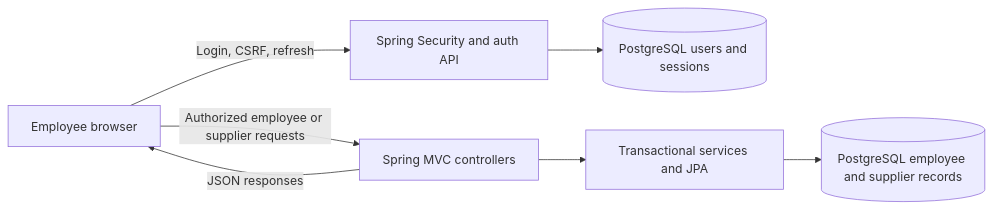
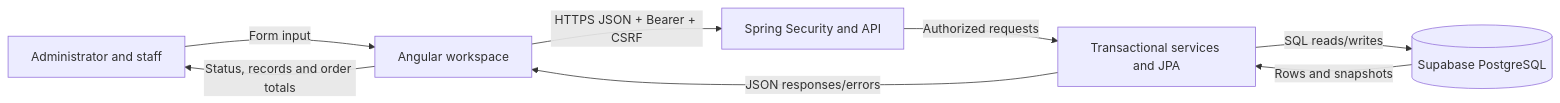
Before and after one commit to AriesMaster/StockPurchaseOrderBackend: the first of 2 diagrams in docs/physical-dfd.md, drawn with Mermaid. The commit also changed other lines of this file and 8 other files, not shown here.

````diff
--- a/docs/physical-dfd.md
+++ b/docs/physical-dfd.md
@@ -5,9 +5,10 @@
 ```mermaid
 flowchart LR
- A[Employee browser] -->|Login, CSRF, refresh| B[Spring Security and auth API]
- A -->|Authorized employee or supplier requests| C[Spring MVC controllers]
- B --> D[(PostgreSQL users and sessions)]
- C --> E[Transactional services and JPA]
- E --> F[(PostgreSQL employee and supplier records)]
- C -->|JSON responses| A
+    Staff[Administrator and staff] -->|Form input| UI[Angular workspace]
+    UI -->|HTTPS JSON + Bearer + CSRF| Sec[Spring Security and API]
+    Sec -->|Authorized requests| Svc[Transactional services and JPA]
+    Svc -->|SQL reads/writes| DB[(Supabase PostgreSQL)]
+    DB -->|Rows and snapshots| Svc
+    Svc -->|JSON responses/errors| UI
+    UI -->|Status, records and order totals| Staff
 ```
````
